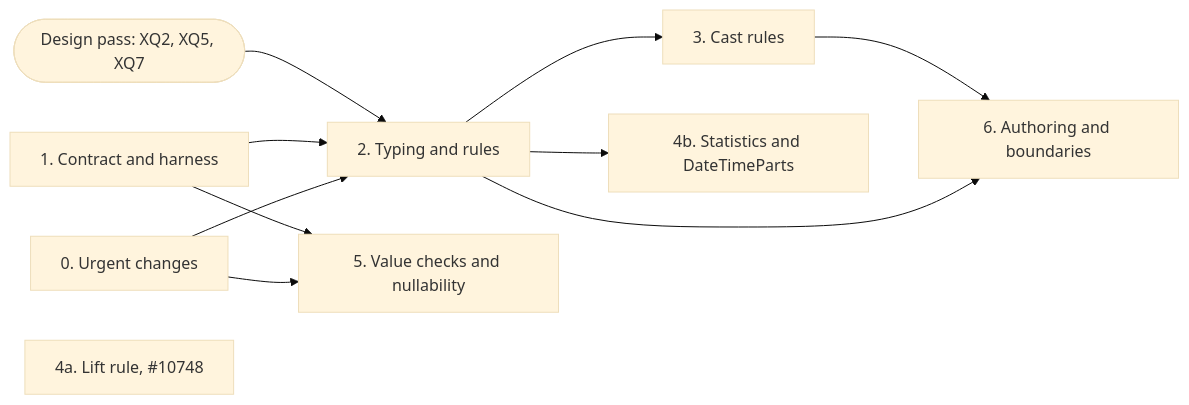
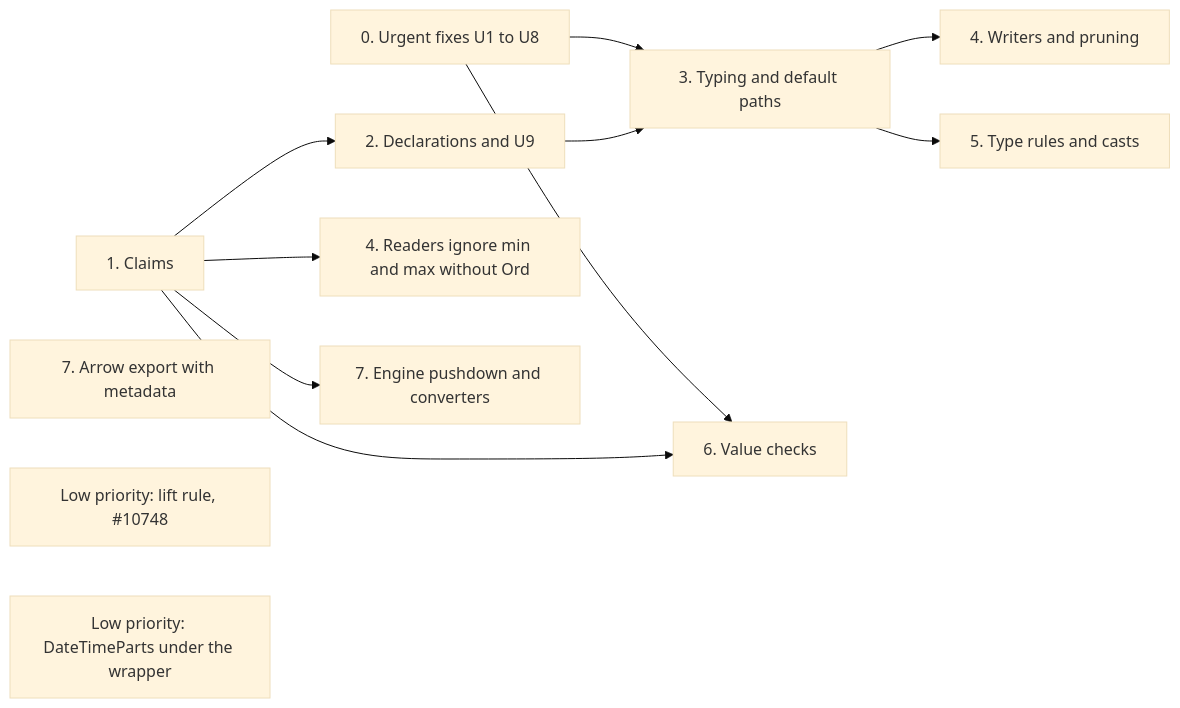
Before and after one commit to vortex-data/vortex: the diagram in research/extension-types/05-implementation.md, drawn with Mermaid (base theme). The commit also changed other lines of this file and 12 other files, not shown here.

First line of the commit message:
Record the extension type design pass of 2026-10-29

````diff
--- a/research/extension-types/05-implementation.md
+++ b/research/extension-types/05-implementation.md
@@ -23,13 +25,15 @@
 ```mermaid
 flowchart LR
-    P0["0. Urgent changes"] --> P2["2. Typing and rules"]
-    P1["1. Contract and harness"] --> P2
-    D2(["Design pass: XQ2, XQ5, XQ7"]) --> P2
-    P2 --> P3["3. Cast rules"]
-    P2 --> P4b["4b. Statistics and DateTimeParts"]
-    P4a["4a. Lift rule, #10748"]
-    P0 --> P5["5. Value checks and nullability"]
-    P1 --> P5
-    P2 --> P6["6. Authoring and boundaries"]
-    P3 --> P6
+    P0["0. Urgent fixes U1 to U8"] --> P3["3. Typing and default paths"]
+    P1["1. Claims"] --> P2["2. Declarations and U9"]
+    P2 --> P3
+    P1 --> P4r["4. Readers ignore min and max without Ord"]
+    P3 --> P4w["4. Writers and pruning"]
+    P3 --> P5["5. Type rules and casts"]
+    P0 --> P6["6. Value checks"]
+    P1 --> P6
+    P7a["7. Arrow export with metadata"]
+    P1 --> P7b["7. Engine pushdown and converters"]
+    L1["Low priority: lift rule, #10748"]
+    L2["Low priority: DateTimeParts under the wrapper"]
 ```
````
